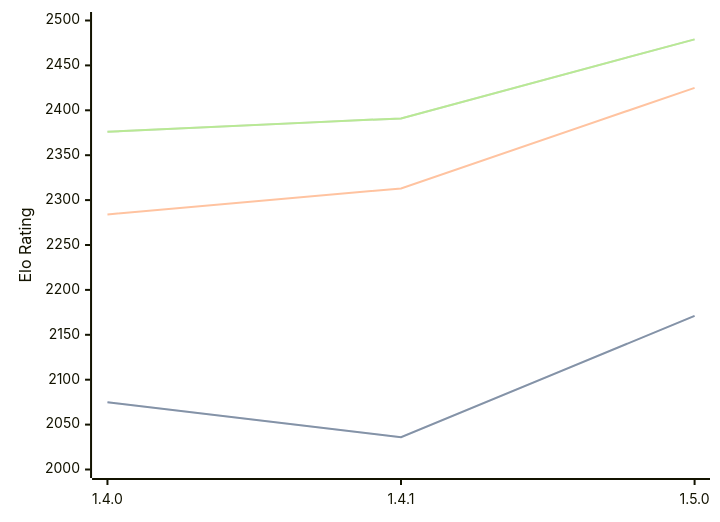
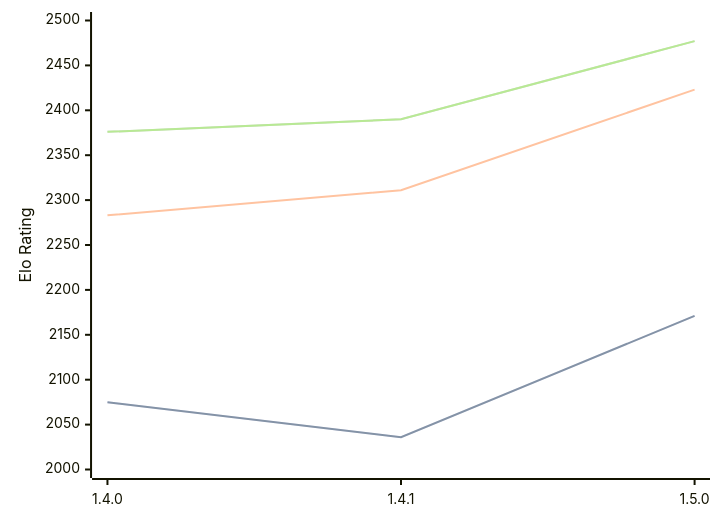
One commit to computer-chess-index/cci changed the third of 3 diagrams in engines/Tofiks.md. Above: the diagram before and after it, drawn with Mermaid. The commit also changed other lines of this file, not shown here.

Commit message:
Update CCI Ratings (ELO VLTC) - 2026-07-15

````diff
--- a/engines/Tofiks.md
+++ b/engines/Tofiks.md
@@ -70,11 +70,11 @@
 ```mermaid
 %%{init: {"theme":"base","themeVariables":{"seriesColors:['#a3a3a3','#222221','#faa371']}}}%%
 xychart-beta
   x-axis ["1.4.0", "1.4.1", "1.5.0"]
   y-axis "Elo Rating" 2000 --> 2500
   line "STC (8.0+0.08s)" [2075, 2036, 2171]
   line "STC (8.0+0.08s)" [2075, 2036, 2171]
-  line "LTC (60.0+0.60s)" [2284, 2313, 2425]
-  line "VLTC (2m24s+1.12s)" [2376, 2391, 2479]
-  line "VLTC (2m24s+1.12s)" [2376, 2391, 2479]
+  line "LTC (60.0+0.60s)" [2283, 2311, 2423]
+  line "VLTC (2m24s+1.12s)" [2376, 2390, 2477]
+  line "VLTC (2m24s+1.12s)" [2376, 2390, 2477]
 ```
````
